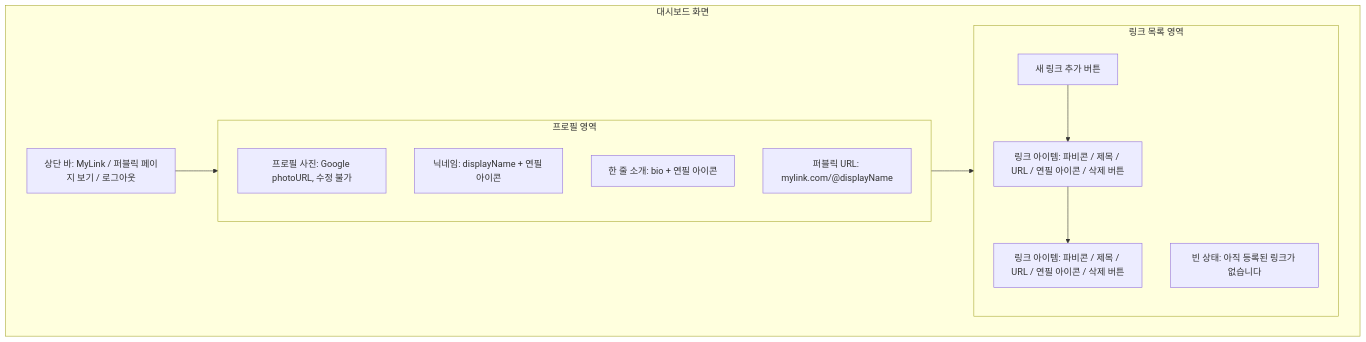
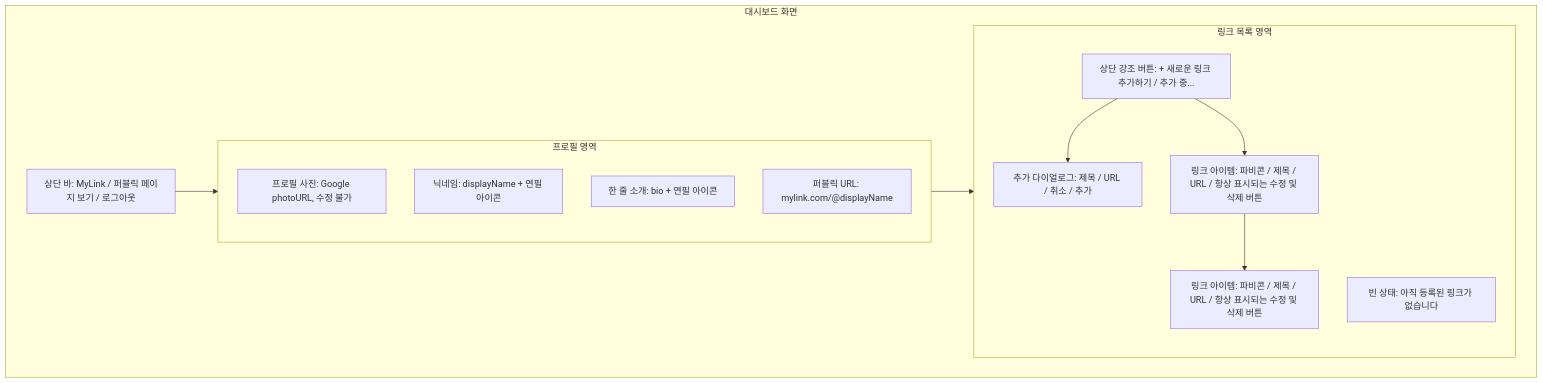
Before and after one commit to olivesch/my-link: the fourth of 13 diagrams in docs/Wireframe.md, drawn with Mermaid. The commit also changed other lines of this file and 6 other files, not shown here.

````diff
--- a/docs/Wireframe.md
+++ b/docs/Wireframe.md
@@ -78,25 +80,27 @@
 ```mermaid
 flowchart TB
   subgraph Dashboard["대시보드 화면"]
     TopBar["상단 바: MyLink / 퍼블릭 페이지 보기 / 로그아웃"]
 
     subgraph Profile["프로필 영역"]
       Photo["프로필 사진: Google photoURL, 수정 불가"]
       Name["닉네임: displayName + 연필 아이콘"]
       Bio["한 줄 소개: bio + 연필 아이콘"]
       Url["퍼블릭 URL: mylink.com/@displayName"]
     end
 
     subgraph Links["링크 목록 영역"]
-      Add["새 링크 추가 버튼"]
-      Item1["링크 아이템: 파비콘 / 제목 / URL / 연필 아이콘 / 삭제 버튼"]
-      Item2["링크 아이템: 파비콘 / 제목 / URL / 연필 아이콘 / 삭제 버튼"]
+      Add["상단 강조 버튼: + 새로운 링크 추가하기 / 추가 중..."]
+      AddDialog["추가 다이얼로그: 제목 / URL / 취소 / 추가"]
+      Item1["링크 아이템: 파비콘 / 제목 / URL / 항상 표시되는 수정 및 삭제 버튼"]
+      Item2["링크 아이템: 파비콘 / 제목 / URL / 항상 표시되는 수정 및 삭제 버튼"]
       Empty["빈 상태: 아직 등록된 링크가 없습니다"]
     end
   end
 
   TopBar --> Profile
   Profile --> Links
+  Add --> AddDialog
   Add --> Item1
   Item1 --> Item2
 ```
````
